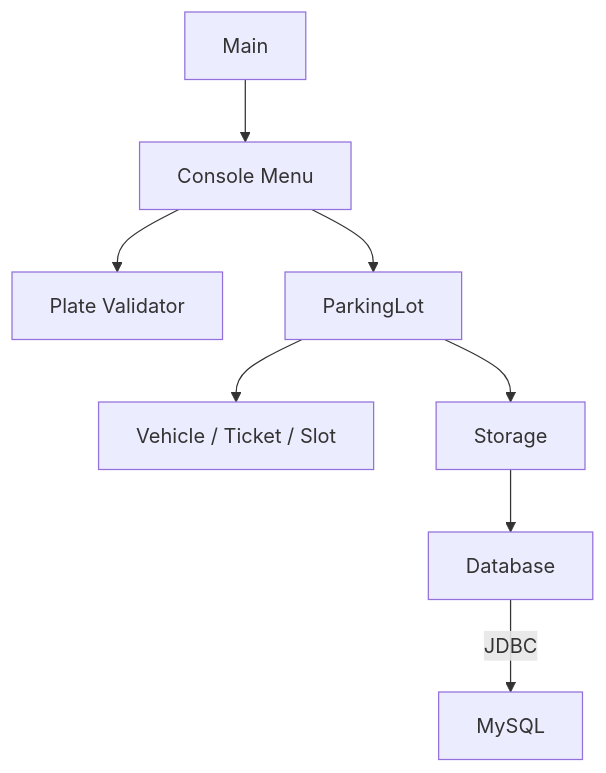
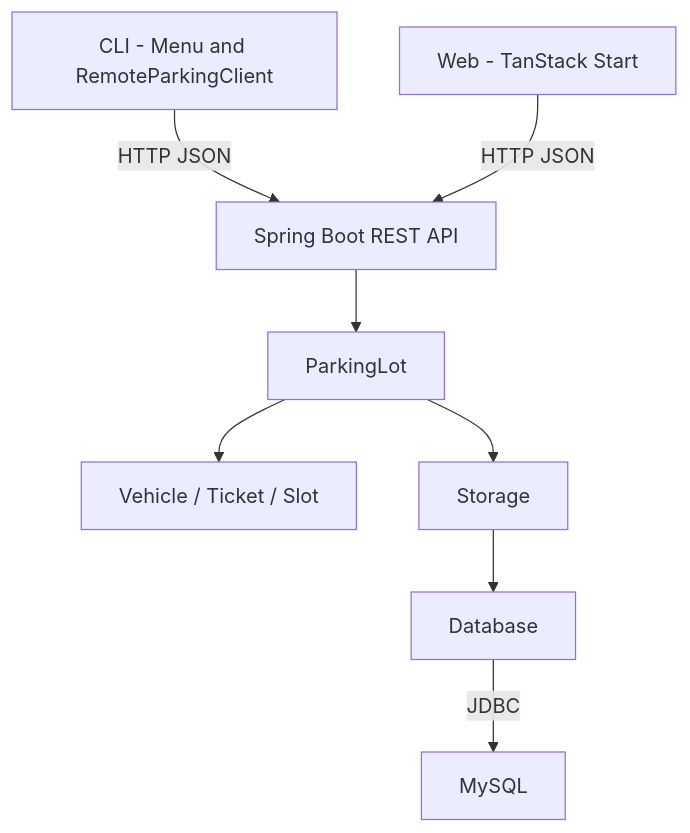
Before and after one commit to Tams3d/ParkEase: the diagram in README.md, drawn with Mermaid. The commit also changed other lines of this file and 82 other files, not shown here.

````diff
--- a/README.md
+++ b/README.md
@@ -119,10 +13,10 @@
 ```mermaid
 flowchart TD
-    Main["Main"] --> Menu["Console Menu"]
-    Menu --> Validator["Plate Validator"]
-    Menu --> Service["ParkingLot"]
+    CLI["CLI - Menu and RemoteParkingClient"] -->|HTTP JSON| API["Spring Boot REST API"]
+    WEB["Web - TanStack Start"] -->|HTTP JSON| API
+    API --> Service["ParkingLot"]
     Service --> Models["Vehicle / Ticket / Slot"]
     Service --> Storage["Storage"]
     Storage --> Database["Database"]
     Database -->|JDBC| MySQL["MySQL"]
 ```
````
